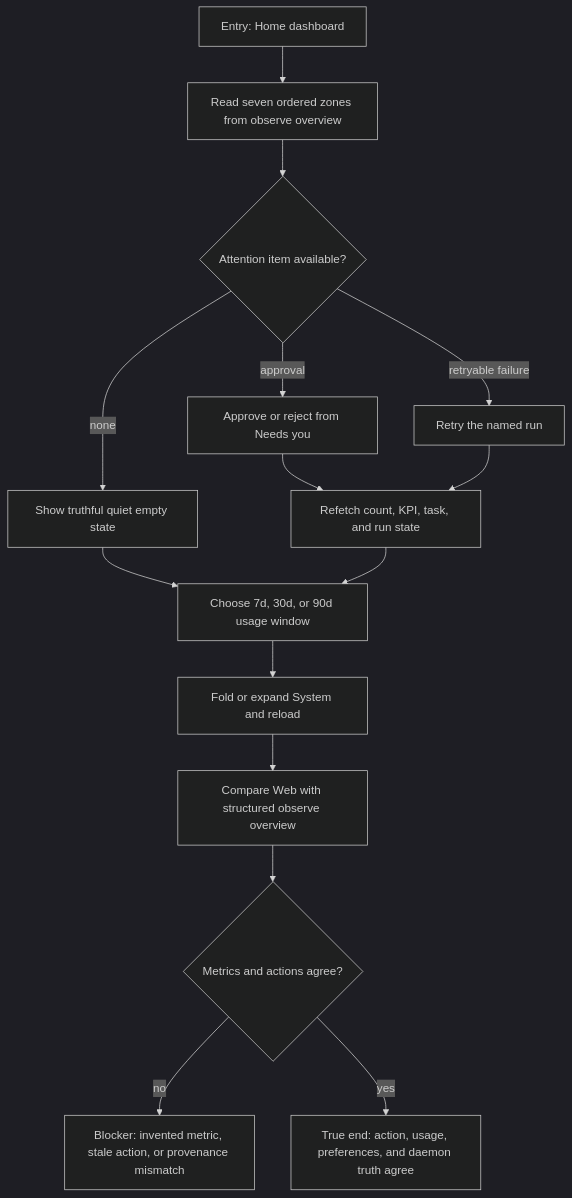
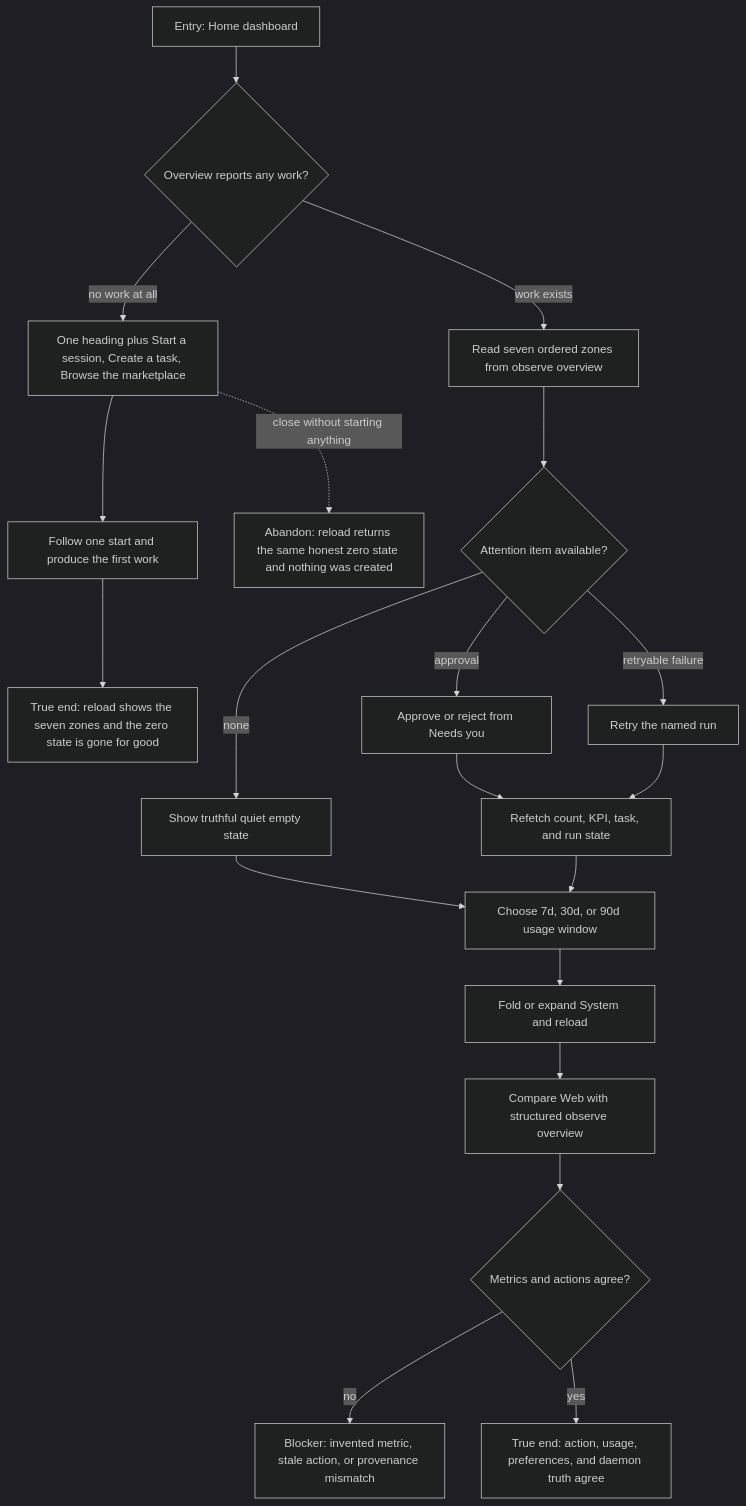
One commit to compozy/compozy changed the diagram in docs/qa/journeys/J-operate-home-dashboard.md. Above: the diagram before and after it, drawn with Mermaid (dark theme). The commit also changed other lines of this file and 409 other files, not shown here.

````diff
--- a/docs/qa/journeys/J-operate-home-dashboard.md
+++ b/docs/qa/journeys/J-operate-home-dashboard.md
@@ -7,17 +7,22 @@
 ```mermaid
 flowchart TD
-    E[Entry: Home dashboard] --> Z[Read seven ordered zones from observe overview]
+    E[Entry: Home dashboard] --> OV{Overview reports any work?}
+    OV -->|no work at all| ZI[One heading plus Start a session, Create a task, Browse the marketplace]
+    ZI --> ZS[Follow one start and produce the first work]
+    ZS --> ZE[True end: reload shows the seven zones and the zero state is gone for good]
+    ZI -.->|close without starting anything| ZA[Abandon: reload returns the same honest zero state and nothing was created]
+    OV -->|work exists| Z[Read seven ordered zones from observe overview]
     Z --> T{Attention item available?}
     T -->|approval| A[Approve or reject from Needs you]
     T -->|retryable failure| R[Retry the named run]
     T -->|none| Q[Show truthful quiet empty state]
     A --> U[Refetch count, KPI, task, and run state]
     R --> U
     Q --> W[Choose 7d, 30d, or 90d usage window]
     U --> W
     W --> P[Fold or expand System and reload]
     P --> C[Compare Web with structured observe overview]
     C --> X{Metrics and actions agree?}
     X -->|no| B[Blocker: invented metric, stale action, or provenance mismatch]
     X -->|yes| F[True end: action, usage, preferences, and daemon truth agree]
 ```
````
